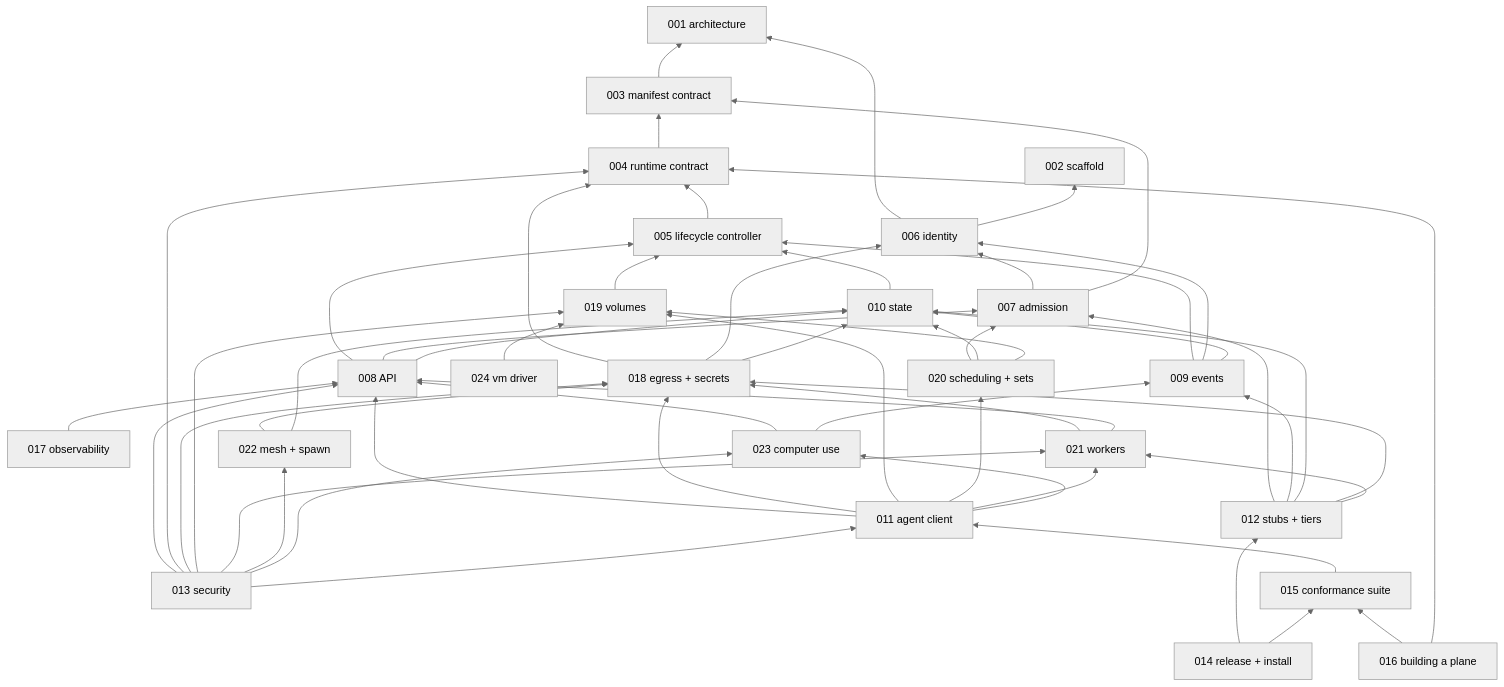
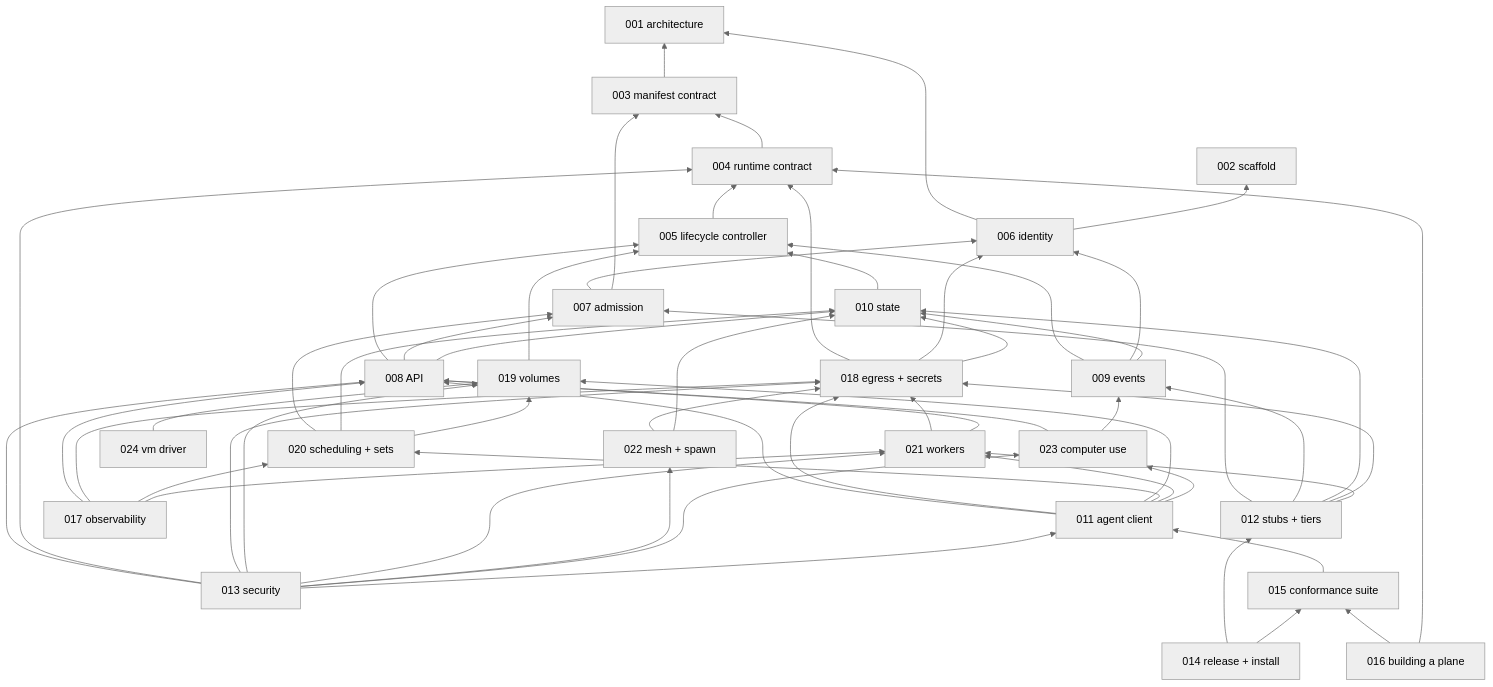
Before and after one commit to latere-ai/cella: the second of 2 diagrams in specs/README.md, drawn with Mermaid (neutral theme). The commit also changed other lines of this file and 4 other files, not shown here.

```diff
--- a/specs/README.md
+++ b/specs/README.md
@@ -144,6 +144,9 @@
   S016 --> S015
   S016 --> S004
   S017 --> S008
+  S017 --> S018
+  S017 --> S020
+  S017 --> S021
   S018 --> S004
   S018 --> S006
   S018 --> S010
```
